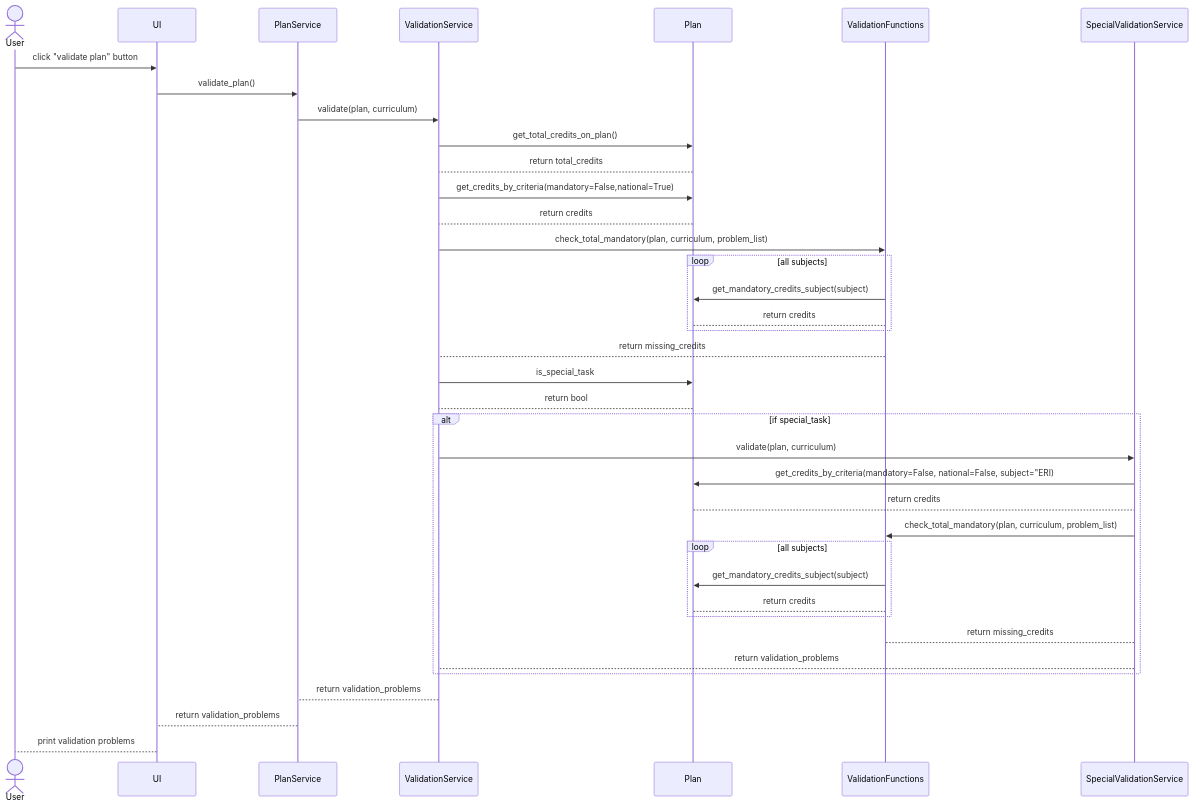
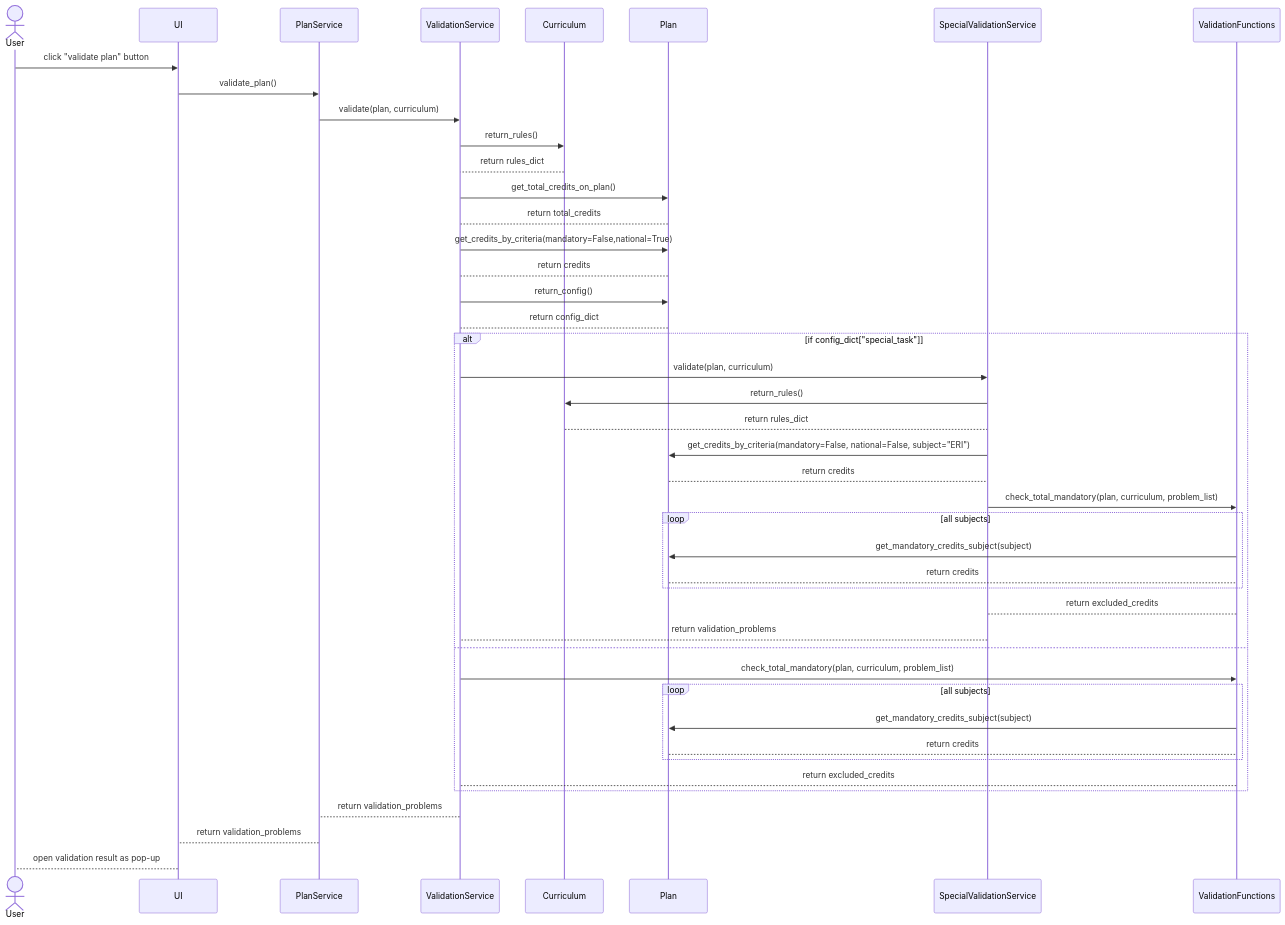
One commit to muukkto/ot-harjoitustyo changed the fourth of 5 diagrams in dokumentaatio/arkkitehtuuri.md. Above: the diagram before and after it, drawn with Mermaid. The commit also changed other lines of this file, not shown here.

````diff
--- a/dokumentaatio/arkkitehtuuri.md
+++ b/dokumentaatio/arkkitehtuuri.md
@@ -280,41 +296,60 @@
 ```mermaid
 sequenceDiagram
 actor User
 participant UI
 User ->> UI: click "validate plan" button
+
 participant PlanService
 UI ->> PlanService: validate_plan()
 participant ValidationService
 PlanService ->> ValidationService: validate(plan, curriculum)
+
+participant Curriculum
 participant Plan
+ValidationService ->> Curriculum: return_rules()
+Curriculum --> ValidationService: return rules_dict 
 ValidationService ->> Plan: get_total_credits_on_plan()
 Plan --> ValidationService: return total_credits
 ValidationService ->> Plan: get_credits_by_criteria(mandatory=False,national=True)
 Plan --> ValidationService: return credits
-participant ValidationFunctions
-ValidationService ->> ValidationFunctions: check_total_mandatory(plan, curriculum, problem_list)
-loop all subjects
-    ValidationFunctions ->> Plan: get_mandatory_credits_subject(subject)
-    Plan --> ValidationFunctions: return credits
-end
-ValidationFunctions --> ValidationService: return missing_credits
-ValidationService ->> Plan: is_special_task
-Plan --> ValidationService: return bool
-alt if special_task
+
+ValidationService ->> Plan: return_config()
+Plan --> ValidationService: return config_dict
+
+alt if config_dict["special_task"]
     participant SpecialValidationService
     ValidationService ->> SpecialValidationService: validate(plan, curriculum)
-    SpecialValidationService ->> Plan: get_credits_by_criteria(mandatory=False, national=False, subject="ERI)
+
+    SpecialValidationService ->> Curriculum: return_rules()
+    Curriculum --> SpecialValidationService: return rules_dict 
+    SpecialValidationService ->> Plan: get_credits_by_criteria(mandatory=False, national=False, subject="ERI")
     Plan --> SpecialValidationService: return credits
+
+    participant ValidationFunctions
     SpecialValidationService ->> ValidationFunctions: check_total_mandatory(plan, curriculum, problem_list)
     loop all subjects
         ValidationFunctions ->> Plan: get_mandatory_credits_subject(subject)
         Plan --> ValidationFunctions: return credits
     end
-    ValidationFunctions --> SpecialValidationService: return missing_credits
+
+    ValidationFunctions --> SpecialValidationService: return excluded_credits
     SpecialValidationService --> ValidationService: return validation_problems
+
+else
+    participant ValidationFunctions
+    ValidationService ->> ValidationFunctions: check_total_mandatory(plan, curriculum, problem_list)
+
+    loop all subjects
+        ValidationFunctions ->> Plan: get_mandatory_credits_subject(subject)
+        Plan --> ValidationFunctions: return credits
+    end
+
+    ValidationFunctions --> ValidationService: return excluded_credits
+
 end
+
 ValidationService --> PlanService: return validation_problems
 PlanService --> UI: return validation_problems
-UI --> User: print validation problems
+UI --> User: open validation result as pop-up
 
 ```
````
